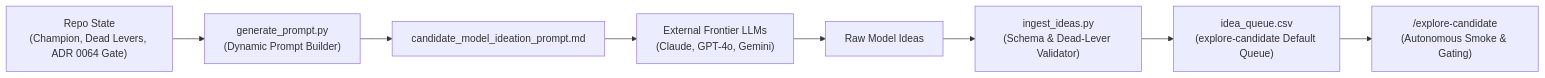
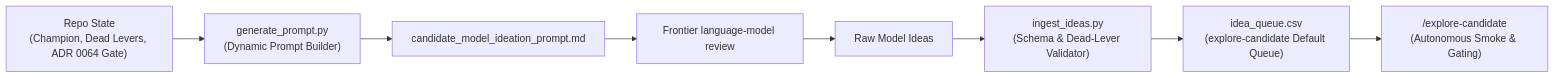
Before and after one commit to JubileeZ/fpl-jubilee-ascent: the diagram in docs/research/candidate-ideation/candidate-ideation.md, drawn with Mermaid. The commit also changed other lines of this file and 47 other files, not shown here.

````diff
--- a/docs/research/candidate-ideation/candidate-ideation.md
+++ b/docs/research/candidate-ideation/candidate-ideation.md
@@ -124,10 +156,10 @@
 ```mermaid
 flowchart LR
     State["Repo State\n(Champion, Dead Levers, ADR 0064 Gate)"] --> GenPrompt["generate_prompt.py\n(Dynamic Prompt Builder)"]
     GenPrompt --> PromptFile["candidate_model_ideation_prompt.md"]
-    PromptFile --> ExtLLM["External Frontier LLMs\n(Claude, GPT-4o, Gemini)"]
+    PromptFile --> ExtLLM["Frontier language-model review"]
     ExtLLM --> Response["Raw Model Ideas"]
     Response --> Ingest["ingest_ideas.py\n(Schema & Dead-Lever Validator)"]
     Ingest --> Queue["idea_queue.csv\n(explore-candidate Default Queue)"]
     Queue --> ExploreSkill["/explore-candidate\n(Autonomous Smoke & Gating)"]
 ```
````
